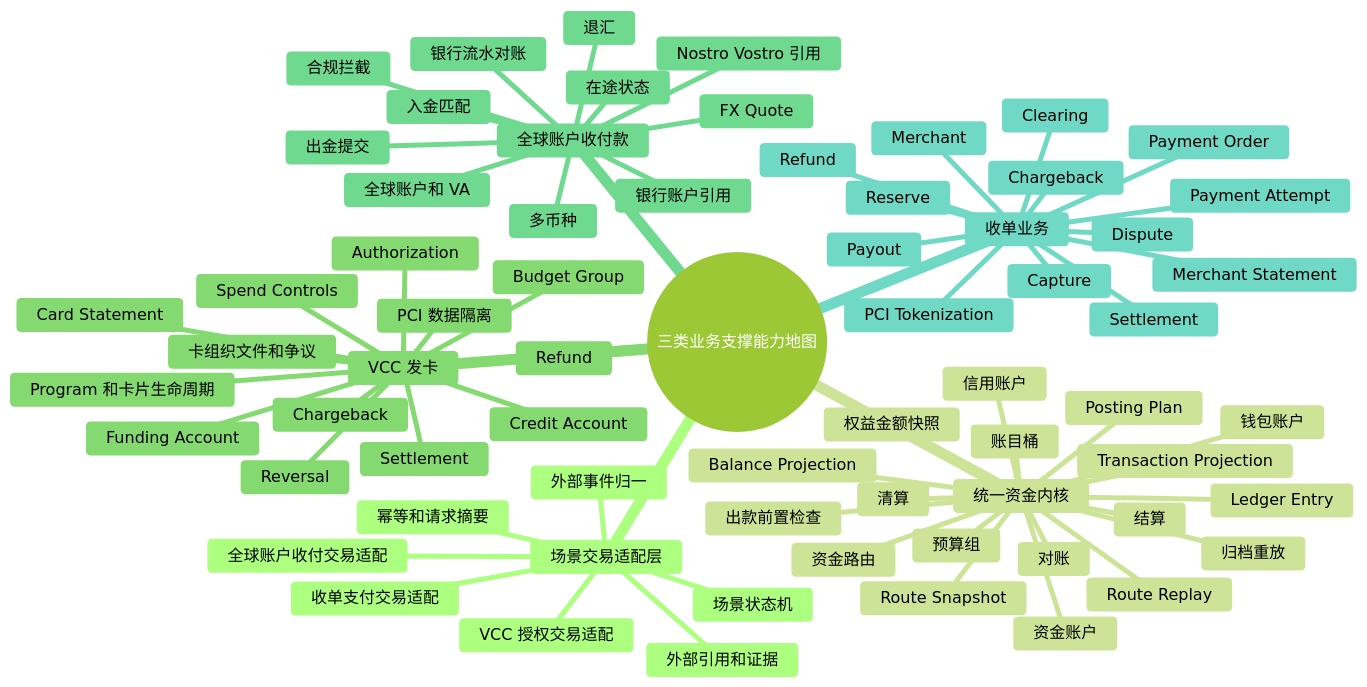
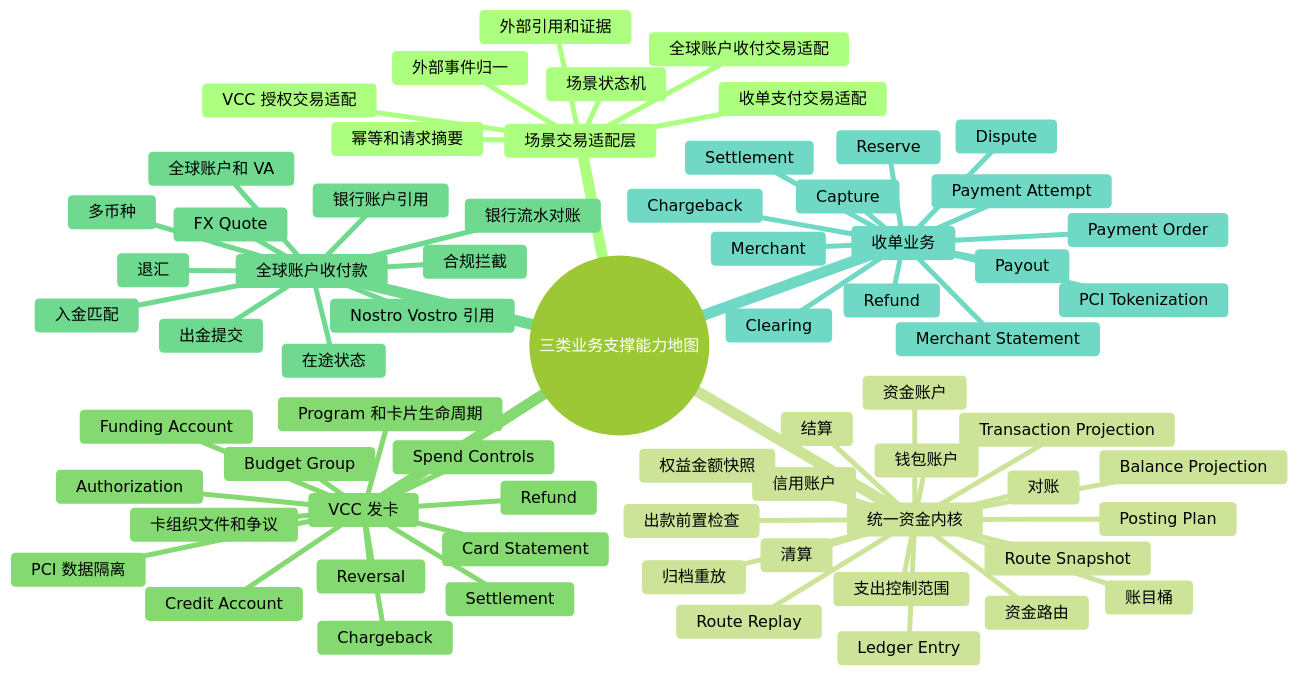
The diagram in docs/归档/设计预研/三类业务支撑能力地图与现状对比.md (fengwuxp/wind-funds), drawn with Mermaid (forest theme) before and after one commit. The commit also changed other lines of this file and 82 other files, not shown here.

````diff
--- a/docs/归档/设计预研/三类业务支撑能力地图与现状对比.md
+++ b/docs/归档/设计预研/三类业务支撑能力地图与现状对比.md
@@ -74,71 +74,71 @@
 ```mermaid
 mindmap
   root((三类业务支撑能力地图))
     场景交易适配层
       VCC 授权交易适配
       全球账户收付交易适配
       收单支付交易适配
       幂等和请求摘要
       外部事件归一
       外部引用和证据
       场景状态机
     统一资金内核
       钱包账户
       资金账户
       信用账户
-      预算组
+      支出控制范围
       账目桶
       资金路由
       Route Snapshot
       Route Replay
       Posting Plan
       Ledger Entry
       Balance Projection
       Transaction Projection
       权益金额快照
       清算
       结算
       对账
       归档重放
       出款前置检查
     VCC 发卡
       Program 和卡片生命周期
       Funding Account
       Credit Account
       Budget Group
       Spend Controls
       Authorization
       Reversal
       Settlement
       Refund
       Chargeback
       Card Statement
       PCI 数据隔离
       卡组织文件和争议
     全球账户收付款
       全球账户和 VA
       银行账户引用
       入金匹配
       出金提交
       在途状态
       退汇
       多币种
       FX Quote
       Nostro Vostro 引用
       合规拦截
       银行流水对账
     收单业务
       Merchant
       Payment Order
       Payment Attempt
       Capture
       Refund
       Clearing
       Settlement
       Payout
       Reserve
       Dispute
       Chargeback
       Merchant Statement
       PCI Tokenization
 ```
````
